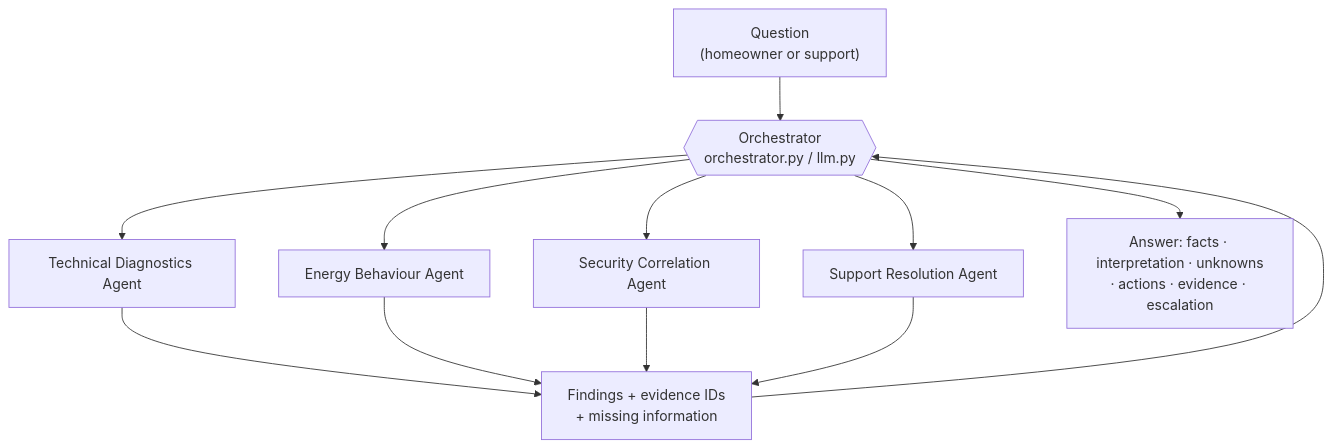
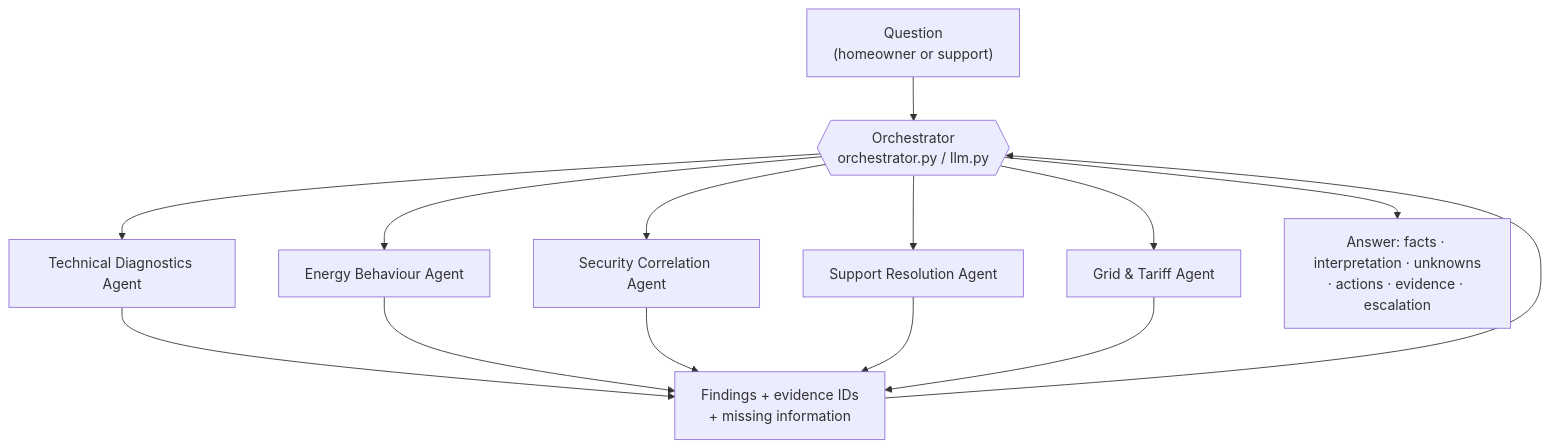
Before and after one commit to hannahthwe/energyos: the fourth of 7 diagrams in docs/TECHNICAL.md, drawn with Mermaid. The commit also changed other lines of this file and 26 other files, not shown here.

````diff
--- a/docs/TECHNICAL.md
+++ b/docs/TECHNICAL.md
@@ -189,11 +207,12 @@
 ```mermaid
 flowchart TB
   Q["Question<br/>(homeowner or support)"] --> O{{"Orchestrator<br/>orchestrator.py / llm.py"}}
   O --> TD["Technical Diagnostics Agent"]
   O --> EB["Energy Behaviour Agent"]
   O --> SC["Security Correlation Agent"]
   O --> SR["Support Resolution Agent"]
-  TD & EB & SC & SR --> R["Findings + evidence IDs<br/>+ missing information"]
+  O --> GT["Grid & Tariff Agent"]
+  TD & EB & SC & SR & GT --> R["Findings + evidence IDs<br/>+ missing information"]
   R --> O
   O --> A["Answer: facts · interpretation · unknowns<br/>· actions · evidence · escalation"]
 ```
````
